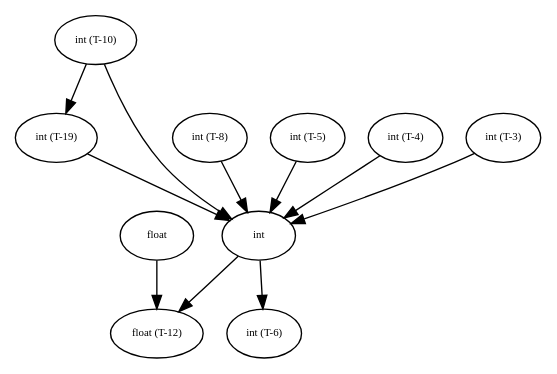
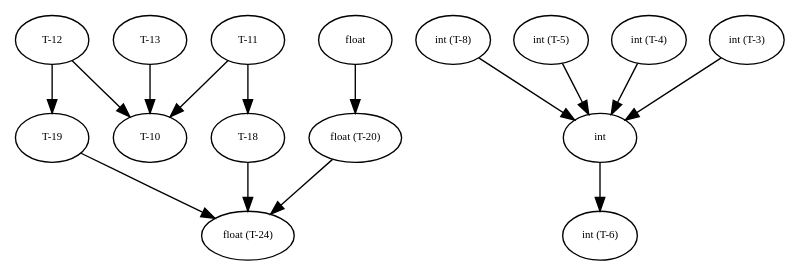
The diagram in graphs/debug_tree0.dot (amso100/livescript-declarations), drawn with Graphviz before and after one commit. The commit also changed 12 other files, not shown here.

```diff
--- a/graphs/debug_tree0.dot
+++ b/graphs/debug_tree0.dot
@@ -1,91 +1,132 @@
 digraph RGL__DirectedAdjacencyGraph {
-    "int (T-19)" [
+    "float (T-20)" [
         fontsize = 8,
-        label = "int (T-19)"
+        label = "float (T-20)"
+    ]
+
+    "float (T-24)" [
+        fontsize = 8,
+        label = "float (T-24)"
+    ]
+
+    "T-19" [
+        fontsize = 8,
+        label = "T-19"
+    ]
+
+    "T-18" [
+        fontsize = 8,
+        label = "T-18"
+    ]
+
+    float [
+        fontsize = 8,
+        label = float
+    ]
+
+    "T-12" [
+        fontsize = 8,
+        label = "T-12"
+    ]
+
+    "T-10" [
+        fontsize = 8,
+        label = "T-10"
+    ]
+
+    "T-11" [
+        fontsize = 8,
+        label = "T-11"
+    ]
+
+    "T-13" [
+        fontsize = 8,
+        label = "T-13"
     ]
 
     int [
         fontsize = 8,
         label = int
     ]
 
-    "float (T-12)" [
-        fontsize = 8,
-        label = "float (T-12)"
-    ]
-
     "int (T-6)" [
         fontsize = 8,
         label = "int (T-6)"
-    ]
-
-    "int (T-10)" [
-        fontsize = 8,
-        label = "int (T-10)"
-    ]
-
-    float [
-        fontsize = 8,
-        label = float
     ]
 
     "int (T-8)" [
         fontsize = 8,
         label = "int (T-8)"
     ]
 
     "int (T-5)" [
         fontsize = 8,
         label = "int (T-5)"
     ]
 
     "int (T-4)" [
         fontsize = 8,
         label = "int (T-4)"
     ]
 
     "int (T-3)" [
         fontsize = 8,
         label = "int (T-3)"
     ]
 
-    "int (T-19)" -> int [
+    "float (T-20)" -> "float (T-24)" [
         fontsize = 8
     ]
 
-    int -> "float (T-12)" [
+    "T-19" -> "float (T-24)" [
+        fontsize = 8
+    ]
+
+    "T-18" -> "float (T-24)" [
+        fontsize = 8
+    ]
+
+    float -> "float (T-20)" [
+        fontsize = 8
+    ]
+
+    "T-12" -> "T-19" [
+        fontsize = 8
+    ]
+
+    "T-12" -> "T-10" [
+        fontsize = 8
+    ]
+
+    "T-11" -> "T-18" [
+        fontsize = 8
+    ]
+
+    "T-11" -> "T-10" [
+        fontsize = 8
+    ]
+
+    "T-13" -> "T-10" [
         fontsize = 8
     ]
 
     int -> "int (T-6)" [
-        fontsize = 8
-    ]
-
-    "int (T-10)" -> "int (T-19)" [
-        fontsize = 8
-    ]
-
-    "int (T-10)" -> int [
-        fontsize = 8
-    ]
-
-    float -> "float (T-12)" [
         fontsize = 8
     ]
 
     "int (T-8)" -> int [
         fontsize = 8
     ]
 
     "int (T-5)" -> int [
         fontsize = 8
     ]
 
     "int (T-4)" -> int [
         fontsize = 8
     ]
 
     "int (T-3)" -> int [
         fontsize = 8
     ]
 }
```
